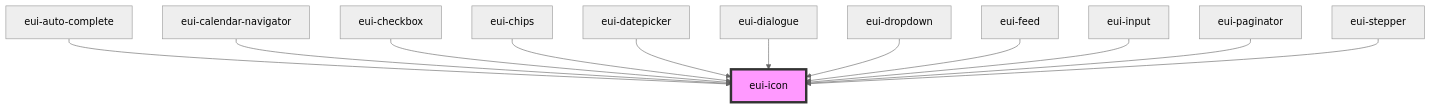
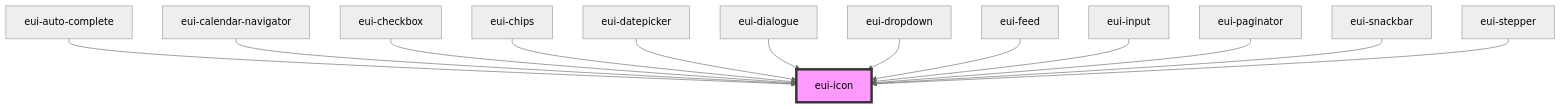
Before and after one commit to pnd-amirhosein/U_and_I: the diagram in ensemble-ui/src/components/icon/readme.md, drawn with Mermaid (neutral theme). The commit also changed other lines of this file and 15 other files, not shown here.

````diff
--- a/ensemble-ui/src/components/icon/readme.md
+++ b/ensemble-ui/src/components/icon/readme.md
@@ -34,15 +35,16 @@
 ```mermaid
 graph TD;
   eui-auto-complete --> eui-icon
   eui-calendar-navigator --> eui-icon
   eui-checkbox --> eui-icon
   eui-chips --> eui-icon
   eui-datepicker --> eui-icon
   eui-dialogue --> eui-icon
   eui-dropdown --> eui-icon
   eui-feed --> eui-icon
   eui-input --> eui-icon
   eui-paginator --> eui-icon
+  eui-snackbar --> eui-icon
   eui-stepper --> eui-icon
   style eui-icon fill:#f9f,stroke:#333,stroke-width:4px
 ```
````
